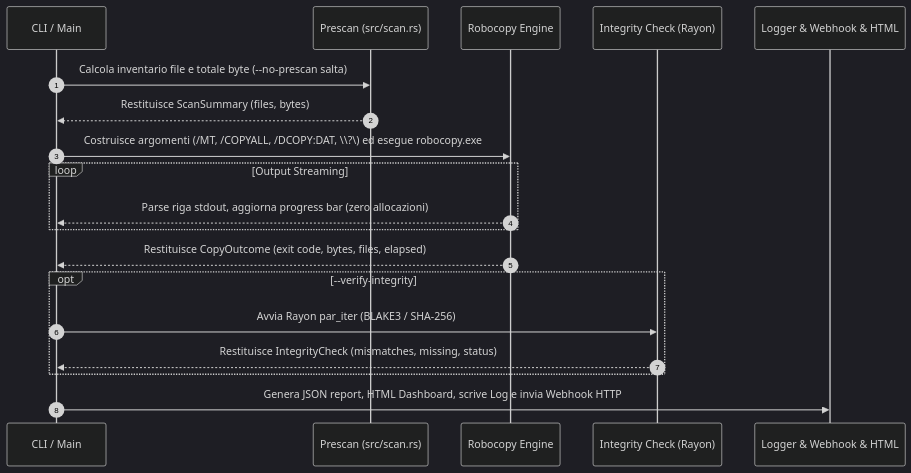
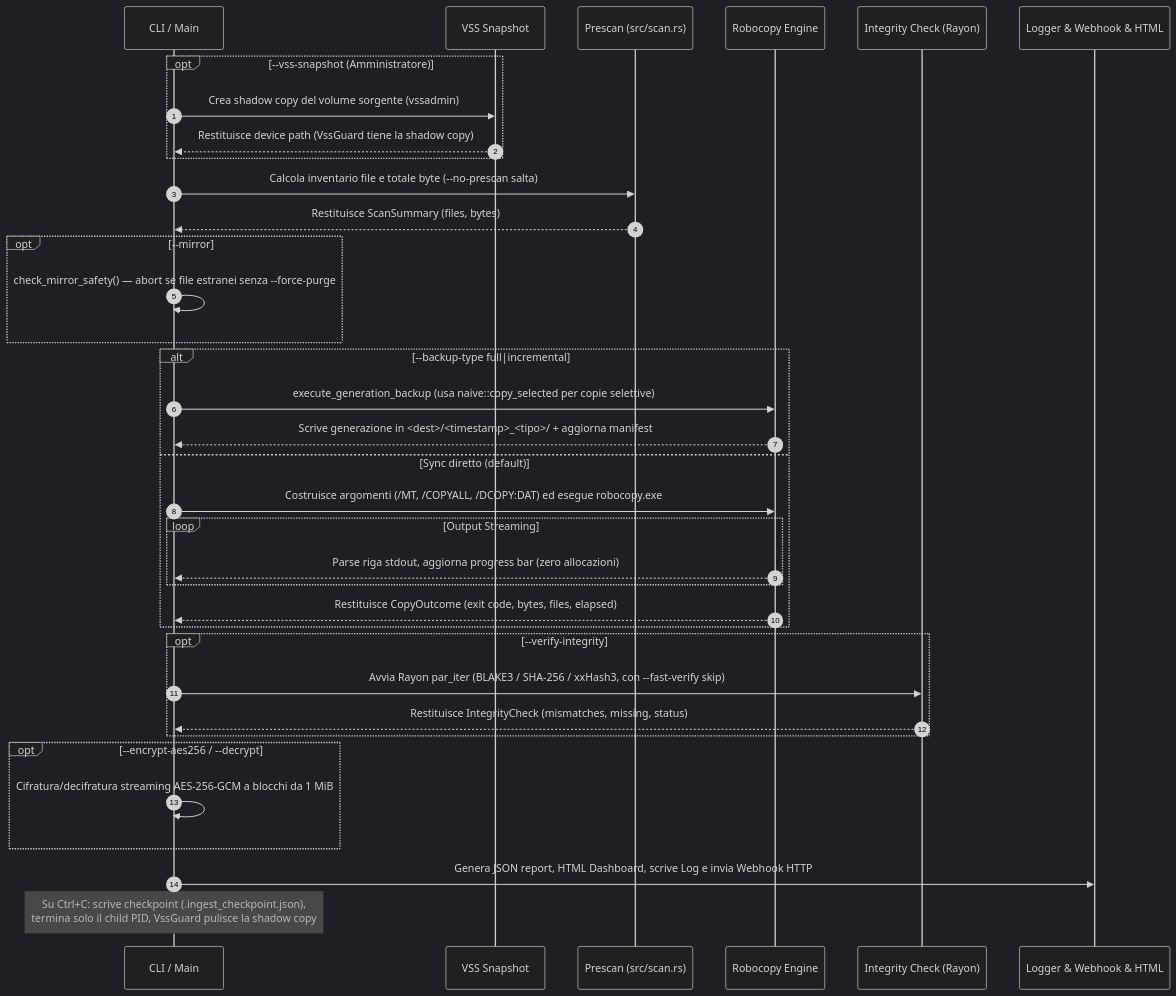
The second of 2 diagrams in ARCHITECTURE.md (matrixNeo76/rustcopy), drawn with Mermaid (dark theme) before and after one commit. The commit also changed other lines of this file and 4 other files, not shown here.

````diff
--- a/ARCHITECTURE.md
+++ b/ARCHITECTURE.md
@@ -74,22 +96,46 @@
 ```mermaid
 sequenceDiagram
     autonumber
     participant CLI as CLI / Main
+    participant VSS as VSS Snapshot
     participant Prescan as Prescan (src/scan.rs)
     participant Engine as Robocopy Engine
     participant Verify as Integrity Check (Rayon)
     participant Output as Logger & Webhook & HTML
 
+    opt --vss-snapshot (Amministratore)
+        CLI->>VSS: Crea shadow copy del volume sorgente (vssadmin)
+        VSS-->>CLI: Restituisce device path (VssGuard tiene la shadow copy)
+    end
+
     CLI->>Prescan: Calcola inventario file e totale byte (--no-prescan salta)
     Prescan-->>CLI: Restituisce ScanSummary (files, bytes)
-    CLI->>Engine: Costruisce argomenti (/MT, /COPYALL, /DCOPY:DAT, \\?\) ed esegue robocopy.exe
-    loop Output Streaming
-        Engine-->>CLI: Parse riga stdout, aggiorna progress bar (zero allocazioni)
+
+    opt --mirror
+        CLI->>CLI: check_mirror_safety() — abort se file estranei senza --force-purge
     end
-    Engine-->>CLI: Restituisce CopyOutcome (exit code, bytes, files, elapsed)
+
+    alt --backup-type full|incremental
+        CLI->>Engine: execute_generation_backup (usa naive::copy_selected per copie selettive)
+        Engine-->>CLI: Scrive generazione in <dest>/<timestamp>_<tipo>/ + aggiorna manifest
+    else Sync diretto (default)
+        CLI->>Engine: Costruisce argomenti (/MT, /COPYALL, /DCOPY:DAT) ed esegue robocopy.exe
+        loop Output Streaming
+            Engine-->>CLI: Parse riga stdout, aggiorna progress bar (zero allocazioni)
+        end
+        Engine-->>CLI: Restituisce CopyOutcome (exit code, bytes, files, elapsed)
+    end
+
     opt --verify-integrity
-        CLI->>Verify: Avvia Rayon par_iter (BLAKE3 / SHA-256)
+        CLI->>Verify: Avvia Rayon par_iter (BLAKE3 / SHA-256 / xxHash3, con --fast-verify skip)
         Verify-->>CLI: Restituisce IntegrityCheck (mismatches, missing, status)
     end
+
+    opt --encrypt-aes256 / --decrypt
+        CLI->>CLI: Cifratura/decifratura streaming AES-256-GCM a blocchi da 1 MiB
+    end
+
     CLI->>Output: Genera JSON report, HTML Dashboard, scrive Log e invia Webhook HTTP
+
+    Note over CLI: Su Ctrl+C: scrive checkpoint (.ingest_checkpoint.json),<br/>termina solo il child PID, VssGuard pulisce la shadow copy
 ```
````
